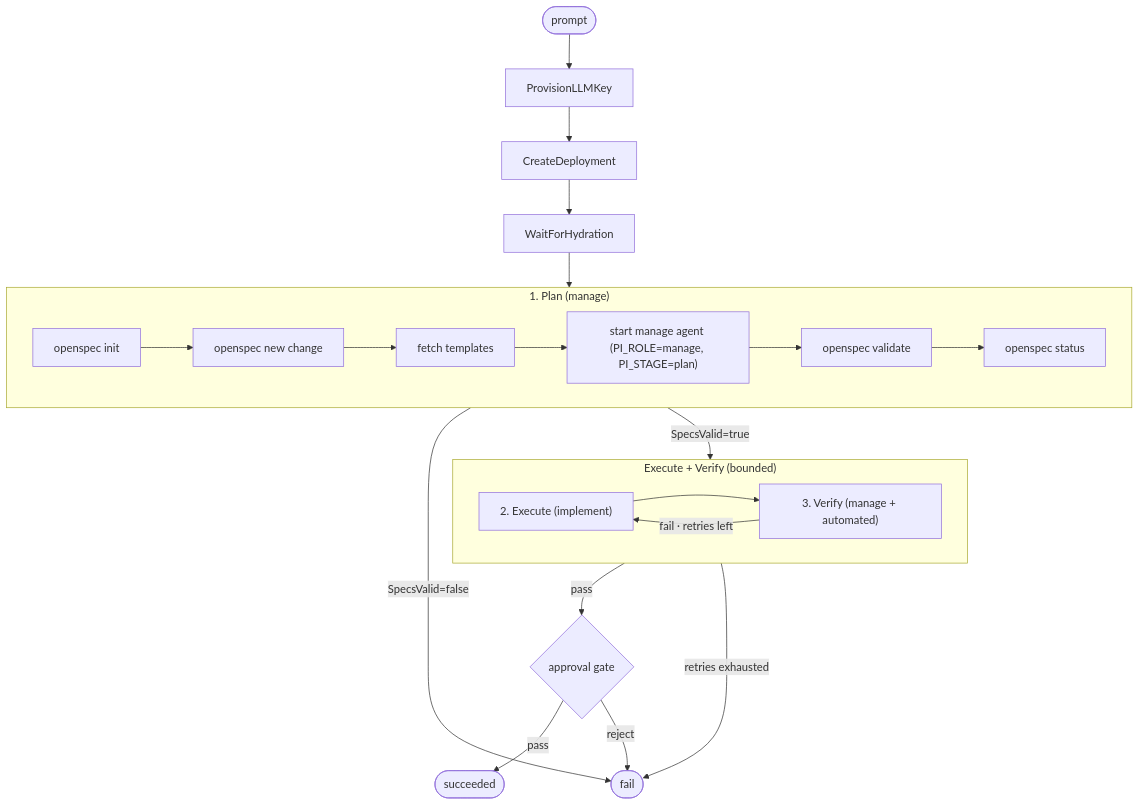
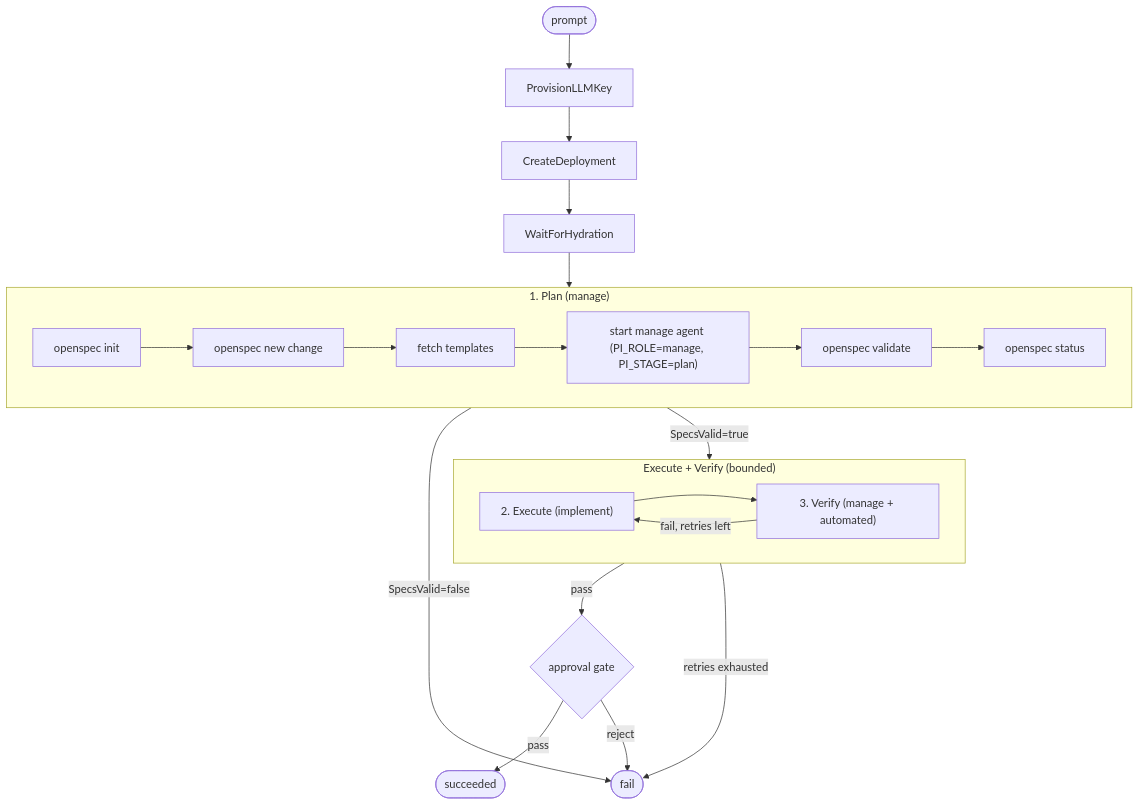
Before and after one commit to ross-corp/uncworks: the diagram in docs/architecture/pipeline.md, drawn with Mermaid. The commit also changed other lines of this file and 198 other files, not shown here.

````diff
--- a/docs/architecture/pipeline.md
+++ b/docs/architecture/pipeline.md
@@ -3,20 +3,20 @@
 ```mermaid
 flowchart TD
     Start([prompt]) --> K["ProvisionLLMKey"]
     K --> D["CreateDeployment"] --> H["WaitForHydration"] --> P
     subgraph P["1. Plan (manage)"]
         P1["openspec init"] --> P2["openspec new change"] --> P3["fetch templates"]
         P3 --> P4["start manage agent (PI_ROLE=manage, PI_STAGE=plan)"]
         P4 --> P5["openspec validate"] --> P6["openspec status"]
     end
     P -->|SpecsValid=false| Fail([fail])
     P -->|SpecsValid=true| Loop
     subgraph Loop["Execute + Verify (bounded)"]
         E["2. Execute (implement)"] --> V["3. Verify (manage + automated)"]
-        V -->|fail · retries left| E
+        V -->|fail, retries left| E
     end
     Loop -->|pass| Approval
     Loop -->|retries exhausted| Fail
     Approval{approval gate} -->|pass| Done([succeeded])
     Approval -->|reject| Fail
 ```
````
